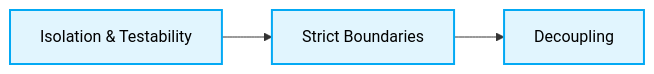
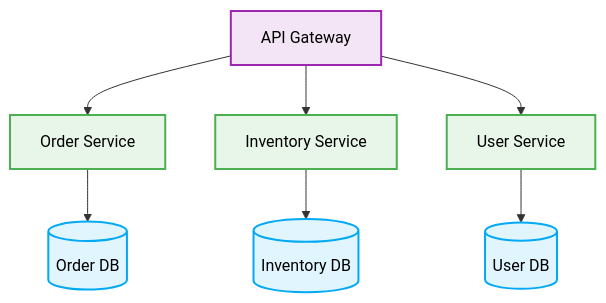
The second of 2 diagrams in architectures/microservices/readme.md (beginwebdev2002/best-practise), drawn with Mermaid before and after one commit. The commit also changed other lines of this file and 7 other files, not shown here.

Commit message:
docs(arch): autonomous evolution of architecture blueprints

````diff
--- a/architectures/microservices/readme.md
+++ b/architectures/microservices/readme.md
@@ -53,7 +55,22 @@
 ```mermaid
-graph LR
-    A[Isolation & Testability] --> B[Strict Boundaries]
-    B --> C[Decoupling]
+graph TD
+    API[API Gateway] --> S1[Order Service]
+    API --> S2[Inventory Service]
+    API --> S3[User Service]
+    S1 --> DB1[(Order DB)]
+    S2 --> DB2[(Inventory DB)]
+    S3 --> DB3[(User DB)]
+
+    %% Added Design Token Styles for Mermaid Diagrams
     classDef default fill:#e1f5fe,stroke:#03a9f4,stroke-width:2px,color:#000;
-    class A,B,C default;
+    classDef component fill:#e8f5e9,stroke:#4caf50,stroke-width:2px,color:#000;
+    classDef layout fill:#f3e5f5,stroke:#9c27b0,stroke-width:2px,color:#000;
+
+    class API layout;
+    class S1 component;
+    class S2 component;
+    class S3 component;
+    class DB1 default;
+    class DB2 default;
+    class DB3 default;
 ```
````
